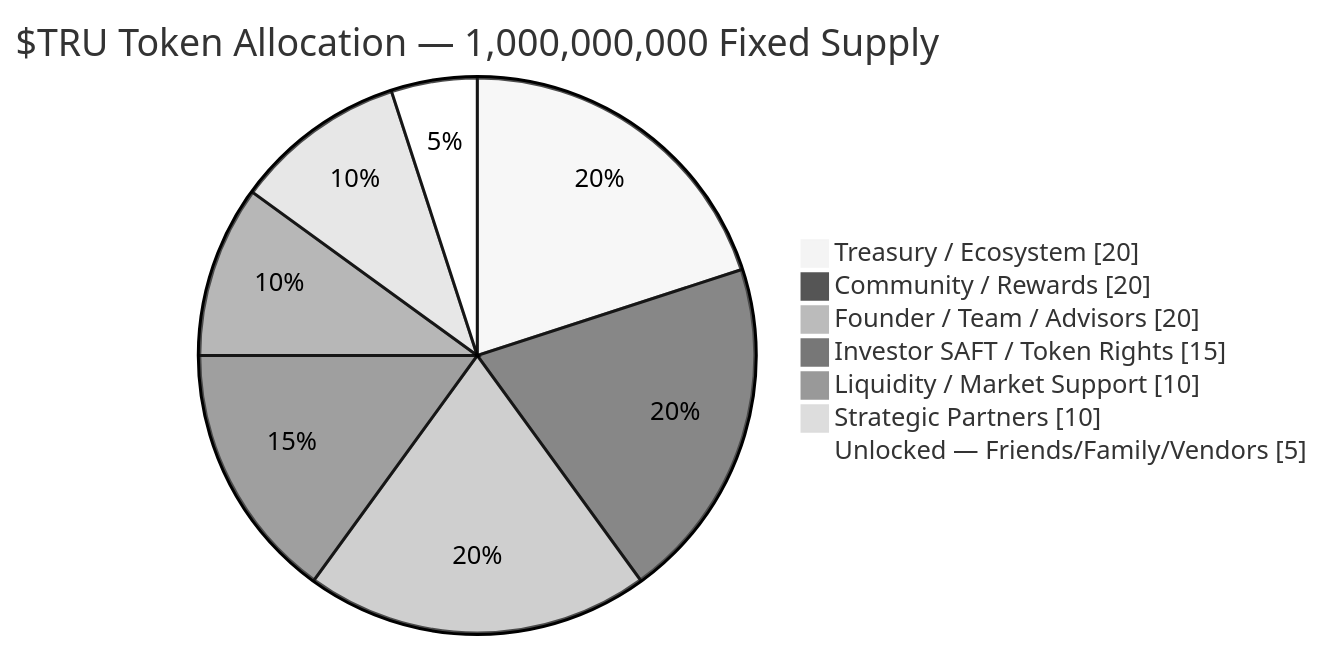
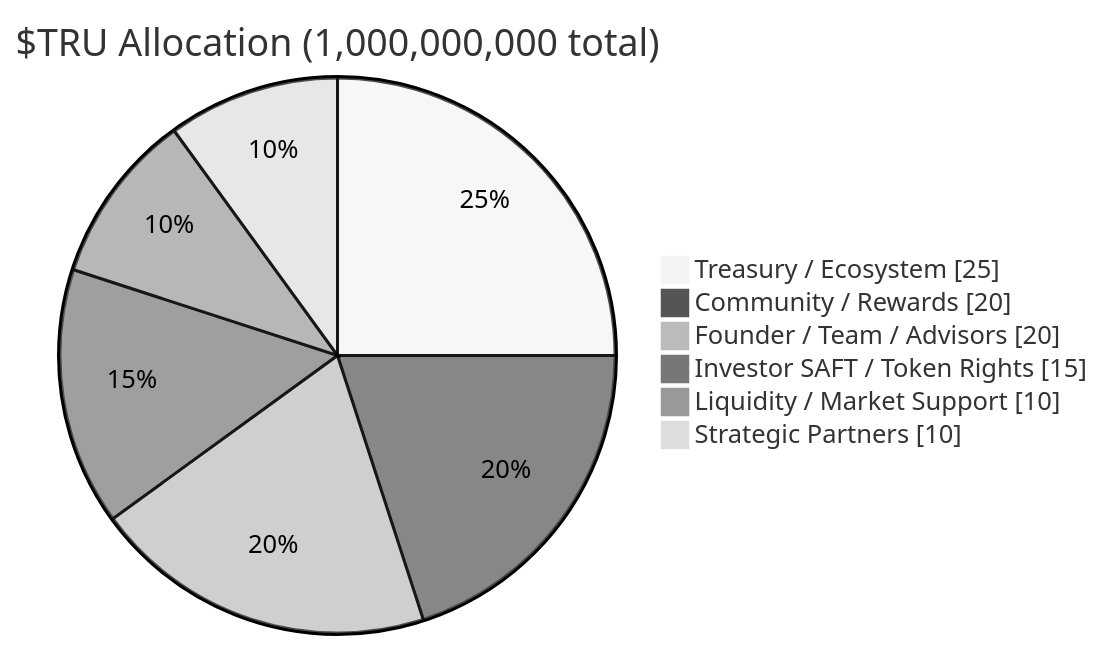
One commit to Gur-noor/Property-United changed the diagram in docs/tokenomics.md. Above: the diagram before and after it, drawn with Mermaid (neutral theme). The commit also changed other lines of this file and 26 other files, not shown here.

````diff
--- a/docs/tokenomics.md
+++ b/docs/tokenomics.md
@@ -49,11 +35,10 @@
 ```mermaid
 pie showData
-    title $TRU Token Allocation — 1,000,000,000 Fixed Supply
-    "Treasury / Ecosystem" : 20
+    title $TRU Allocation (1,000,000,000 total)
+    "Treasury / Ecosystem" : 25
     "Community / Rewards" : 20
     "Founder / Team / Advisors" : 20
     "Investor SAFT / Token Rights" : 15
     "Liquidity / Market Support" : 10
     "Strategic Partners" : 10
-    "Unlocked — Friends/Family/Vendors" : 5
 ```
````
